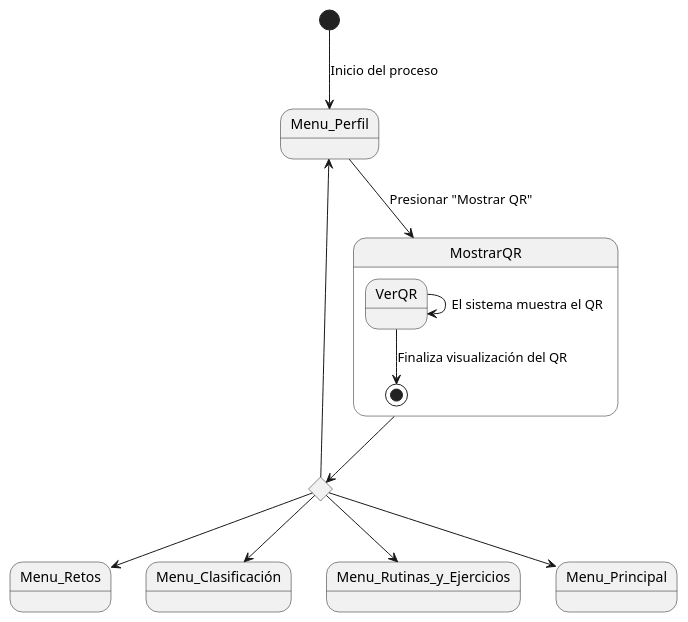
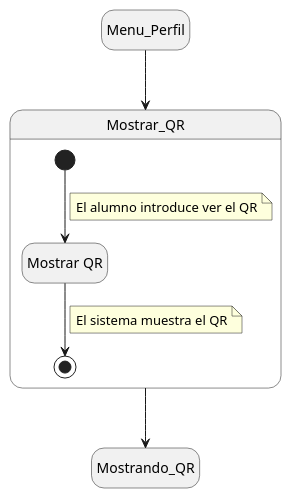
One commit to mmasias/24-25-IdSw1-SDR changed the diagram in Documentos/DetallarCasosDeUso/Alumno/MostrarQR.puml. Above: the diagram before and after it, drawn with PlantUML.

```diff
--- a/Documentos/DetallarCasosDeUso/Alumno/MostrarQR.puml
+++ b/Documentos/DetallarCasosDeUso/Alumno/MostrarQR.puml
@@ -1,19 +1,22 @@
-@startuml
-top to bottom direction
+@startuml Mostrar_QR
 
-[*] --> Menu_Perfil : Inicio del proceso
-state rombo <<choice>>
-rombo -u-> Menu_Perfil
-rombo --> Menu_Retos
-rombo --> Menu_Clasificación
-rombo --> Menu_Rutinas_y_Ejercicios
-rombo --> Menu_Principal
+hide empty description
 
-Menu_Perfil --> MostrarQR : Presionar "Mostrar QR"
-MostrarQR --> rombo
+state Menu_Perfil
+state Mostrando_QR
+state Mostrar_QR{
+    state Mostrar as "Mostrar QR"
+    [*] --> Mostrar
+    note on link
+        El alumno introduce ver el QR
+    end note
+    Mostrar --> [*]
+    note on link
+        El sistema muestra el QR
+    end note
+}
 
-state MostrarQR {
-  VerQR --> VerQR : El sistema muestra el QR
-  VerQR --> [*] : Finaliza visualización del QR
-}
+Menu_Perfil --> Mostrar_QR
+Mostrar_QR --> Mostrando_QR
+
 @enduml
```
